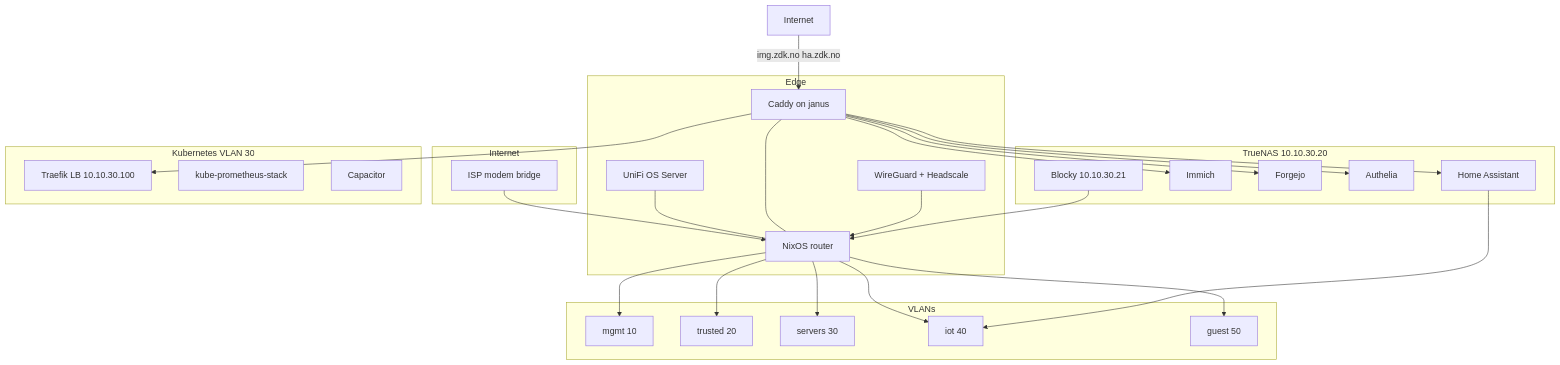
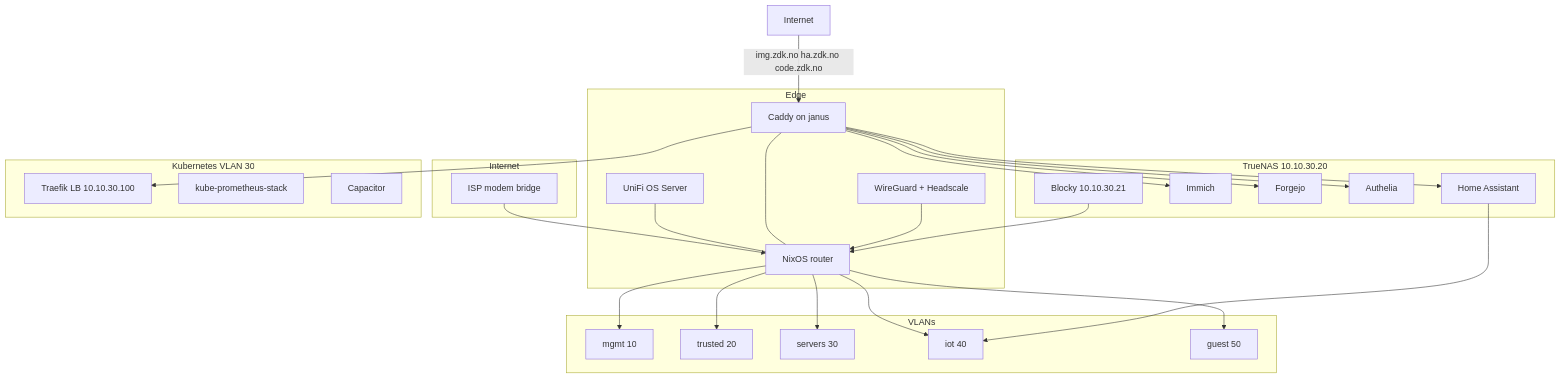
Before and after one commit to sknutsen/network: the first of 4 diagrams in docs/architecture.md, drawn with Mermaid. The commit also changed other lines of this file and 25 other files, not shown here.

````diff
--- a/docs/architecture.md
+++ b/docs/architecture.md
@@ -7,49 +7,49 @@
 ```mermaid
 flowchart TB
   subgraph internet [Internet]
     ISP[ISP modem bridge]
   end
 
   subgraph edge [Edge]
     Router[NixOS router]
     UniFi[UniFi OS Server]
     WG[WireGuard + Headscale]
     Caddy[Caddy on janus]
   end
 
   subgraph vlans [VLANs]
     MGMT[mgmt 10]
     TRUSTED[trusted 20]
     SERVERS[servers 30]
     IOT[iot 40]
     GUEST[guest 50]
   end
 
   subgraph truenas [TrueNAS 10.10.30.20]
     HA[Home Assistant]
     Immich[Immich]
     Forgejo[Forgejo]
     Authelia[Authelia]
     Blocky[Blocky 10.10.30.21]
   end
 
   subgraph k8s [Kubernetes VLAN 30]
     Traefik[Traefik LB 10.10.30.100]
     Obs[kube-prometheus-stack]
     Cap[Capacitor]
   end
 
   ISP --> Router
   UniFi --- Router
   Caddy --- Router
   Router --> MGMT & TRUSTED & SERVERS & IOT & GUEST
   WG --> Router
   Caddy --> Traefik
   Caddy --> Forgejo
   Caddy --> Authelia
   Caddy --> HA
   Caddy --> Immich
   Blocky --> Router
   HA --> IOT
-  InternetUsers[Internet] -->|img.zdk.no ha.zdk.no| Caddy
+  InternetUsers[Internet] -->|img.zdk.no ha.zdk.no code.zdk.no| Caddy
 ```
````
